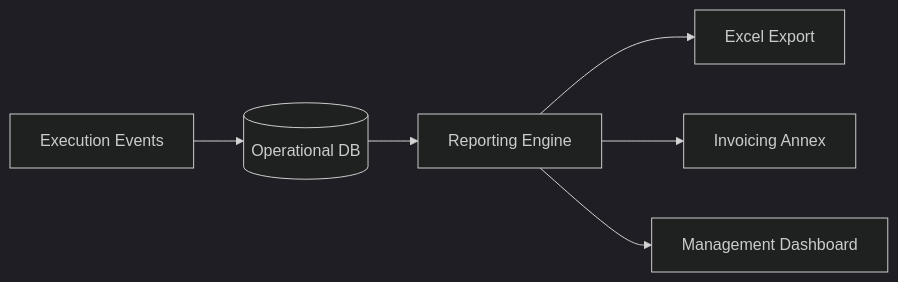
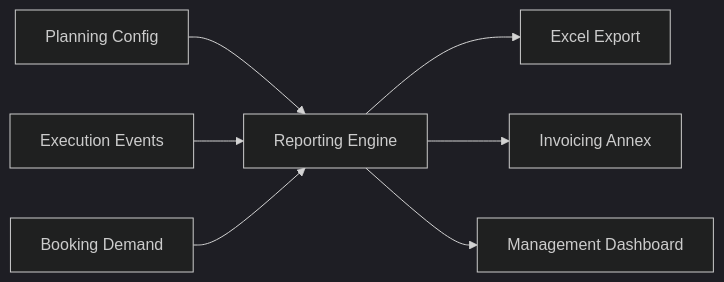
One commit to wavecentric/docs changed the diagram in magemo/modules/admin/reports.mdx. Above: the diagram before and after it, drawn with Mermaid (dark theme). The commit also changed other lines of this file and 12 other files, not shown here.

````diff
--- a/magemo/modules/admin/reports.mdx
+++ b/magemo/modules/admin/reports.mdx
@@ -38,8 +40,9 @@
 ```mermaid
 graph LR
-    EXE[Execution Events] --> DB[(Operational DB)]
-    DB --> R[Reporting Engine]
+    PLAN[Planning Config] --> R[Reporting Engine]
+    EXE[Execution Events] --> R
+    BKG[Booking Demand] --> R
     R --> XLS[Excel Export]
     R --> PDF[Invoicing Annex]
     R --> DASH[Management Dashboard]
 ```
````
